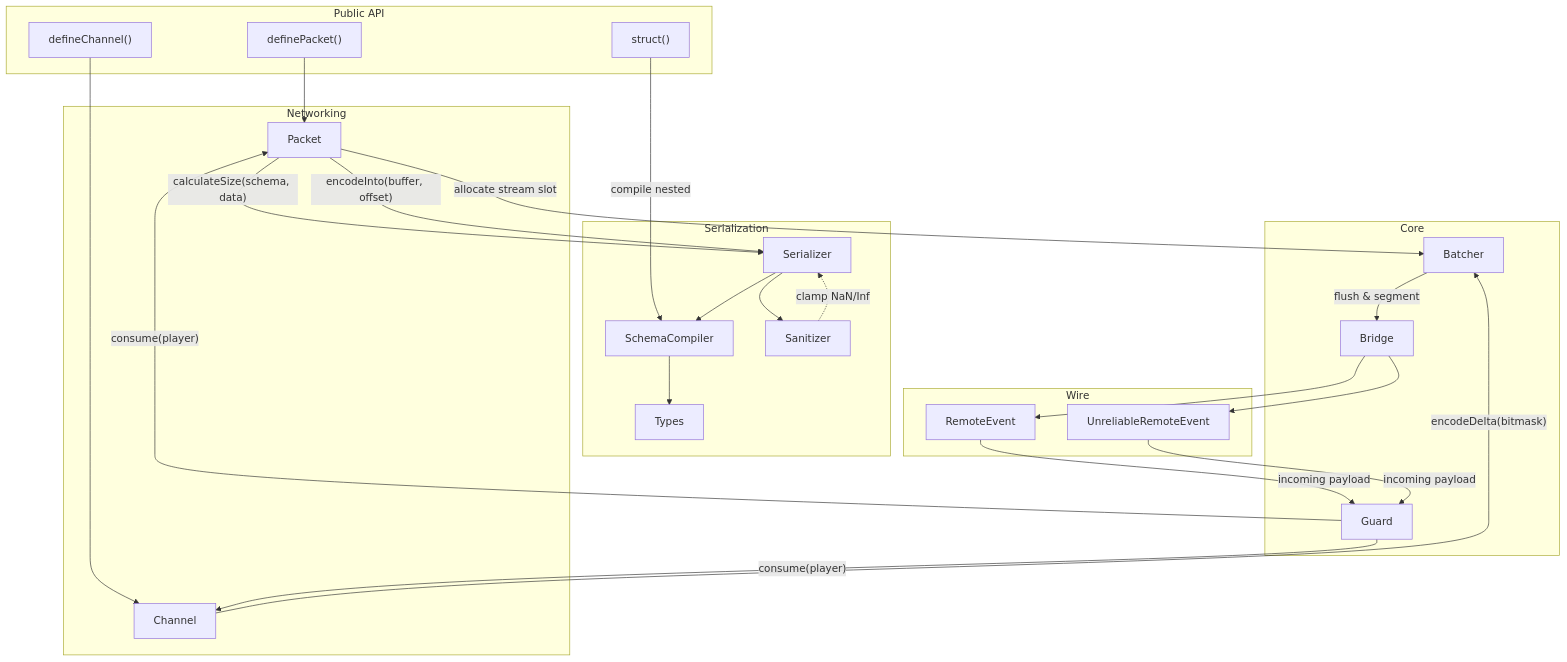
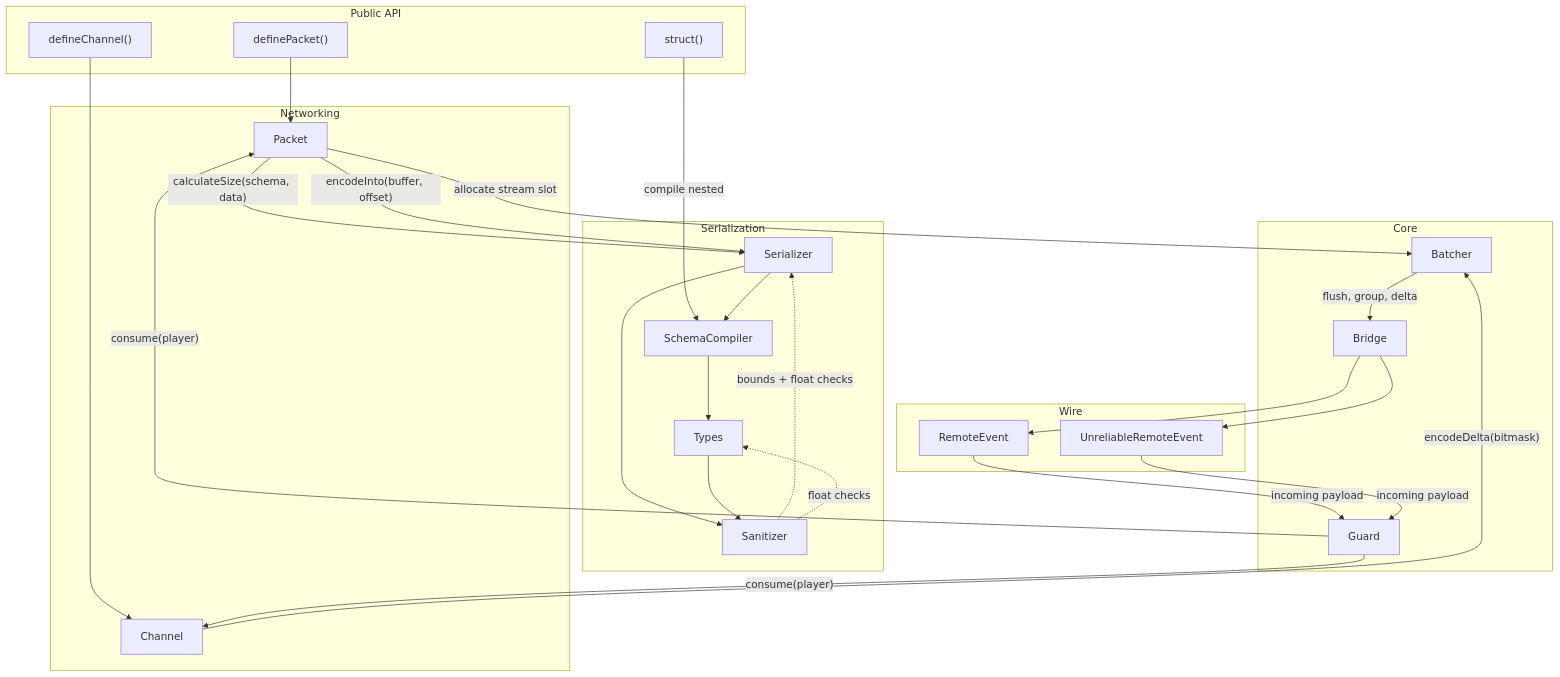
The diagram in README.md (bookek/satset), drawn with Mermaid before and after one commit. The commit also changed other lines of this file and 15 other files, not shown here.

````diff
--- a/README.md
+++ b/README.md
@@ -84,57 +84,59 @@
 ```mermaid
 flowchart TB
     subgraph API["Public API"]
         DP["definePacket()"]
         DC["defineChannel()"]
         ST["struct()"]
     end
 
     subgraph Serialization
         SC["SchemaCompiler"]
         SR["Serializer"]
         SN["Sanitizer"]
         TP["Types"]
     end
 
     subgraph Core
         BT["Batcher"]
         GD["Guard"]
         BR["Bridge"]
     end
 
     subgraph Networking
         PK["Packet"]
         CH["Channel"]
     end
 
     subgraph Transport["Wire"]
         RE["RemoteEvent"]
         URE["UnreliableRemoteEvent"]
     end
 
     DP --> PK
     DC --> CH
 
     PK -->|"calculateSize(schema, data)"| SR
     ST -->|"compile nested"| SC
     SR --> SC
     SR --> SN
     SC --> TP
+    TP --> SN
 
     PK -->|"allocate stream slot"| BT
     PK -->|"encodeInto(buffer, offset)"| SR
     CH -->|"encodeDelta(bitmask)"| BT
 
-    BT -->|"flush & segment"| BR
+    BT -->|"flush, group, delta"| BR
 
     BR --> RE
     BR --> URE
 
     RE -->|"incoming payload"| GD
     URE -->|"incoming payload"| GD
 
     GD -->|"consume(player)"| PK
     GD -->|"consume(player)"| CH
 
-    SN -.->|"clamp NaN/Inf"| SR
+    SN -.->|"bounds + float checks"| SR
+    SN -.->|"float checks"| TP
 ```
````
